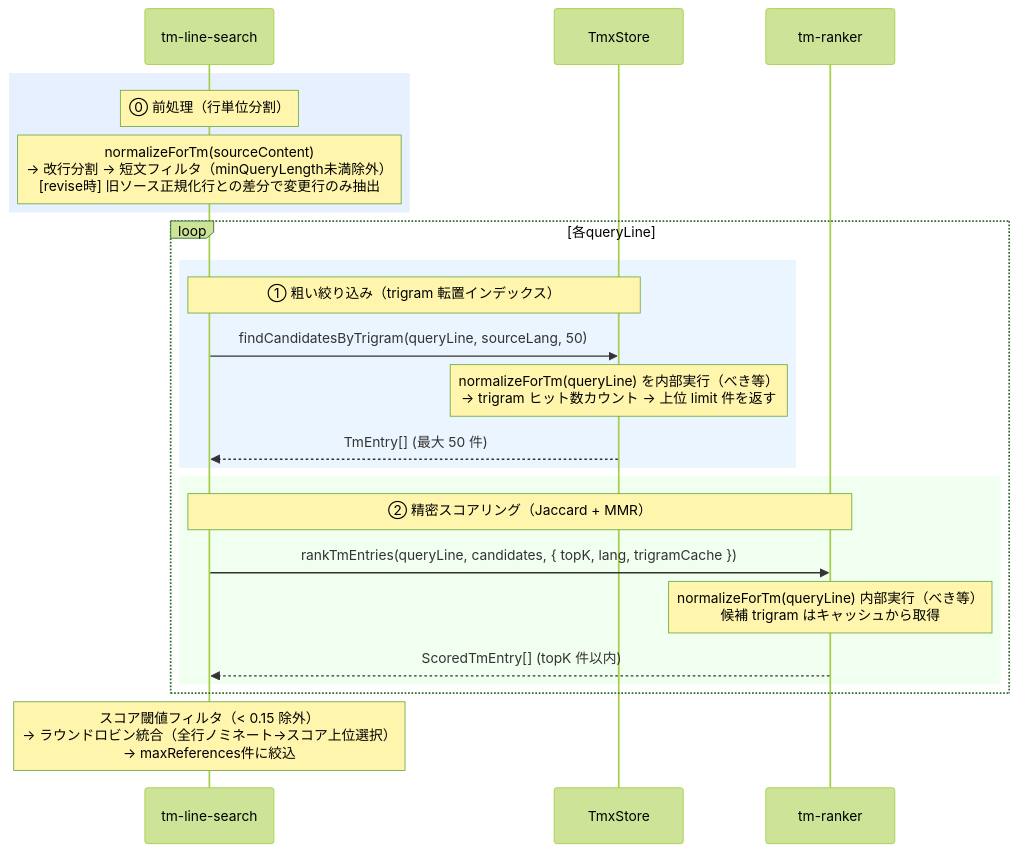
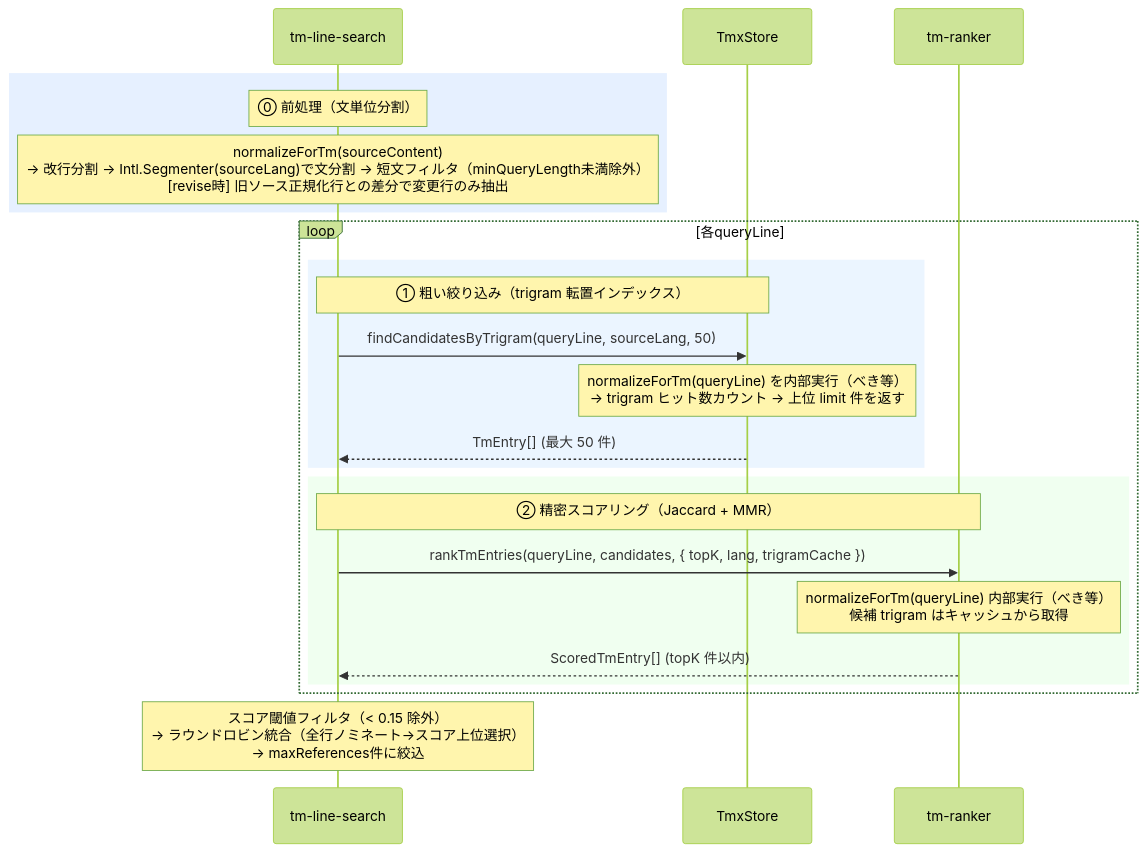
Before and after one commit to mochimochiki/mdait: the first of 2 diagrams in docs/design/tm_theory.md, drawn with Mermaid (forest theme). The commit also changed 17 other files, not shown here.

````diff
--- a/docs/design/tm_theory.md
+++ b/docs/design/tm_theory.md
@@ -91,29 +91,29 @@
 ```mermaid
 sequenceDiagram
     participant Search as tm-line-search
     participant Store as TmxStore
     participant Ranker as tm-ranker
 
     rect rgb(230,240,255)
-        Note over Search: ⓪ 前処理（行単位分割）
-        Note over Search: normalizeForTm(sourceContent)<br/>→ 改行分割 → 短文フィルタ（minQueryLength未満除外）<br/>[revise時] 旧ソース正規化行との差分で変更行のみ抽出
+        Note over Search: ⓪ 前処理（文単位分割）
+        Note over Search: normalizeForTm(sourceContent)<br/>→ 改行分割 → Intl.Segmenter(sourceLang)で文分割 → 短文フィルタ（minQueryLength未満除外）<br/>[revise時] 旧ソース正規化行との差分で変更行のみ抽出
     end
 
     loop 各queryLine
         rect rgb(235,245,255)
             Note over Search,Store: ① 粗い絞り込み（trigram 転置インデックス）
             Search->>Store: findCandidatesByTrigram(queryLine, sourceLang, 50)
             Note over Store: normalizeForTm(queryLine) を内部実行（べき等）<br/>→ trigram ヒット数カウント → 上位 limit 件を返す
             Store-->>Search: TmEntry[] (最大 50 件)
         end
 
         rect rgb(240,255,240)
             Note over Search,Ranker: ② 精密スコアリング（Jaccard + MMR）
             Search->>Ranker: rankTmEntries(queryLine, candidates, { topK, lang, trigramCache })
             Note over Ranker: normalizeForTm(queryLine) 内部実行（べき等）<br/>候補 trigram はキャッシュから取得
             Ranker-->>Search: ScoredTmEntry[] (topK 件以内)
         end
     end
 
     Note over Search: スコア閾値フィルタ（< 0.15 除外）<br/>→ ラウンドロビン統合（全行ノミネート→スコア上位選択）<br/>→ maxReferences件に絞込
 ```
````
